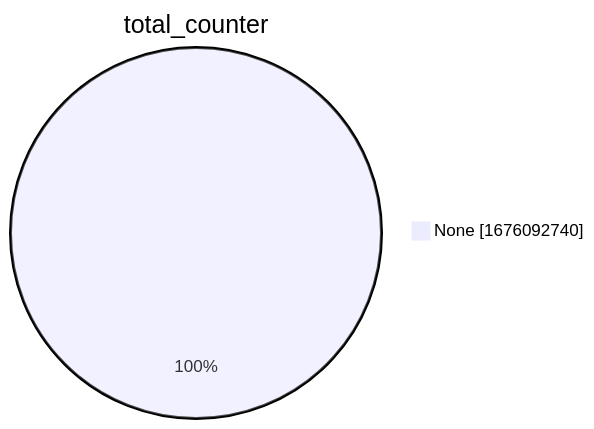
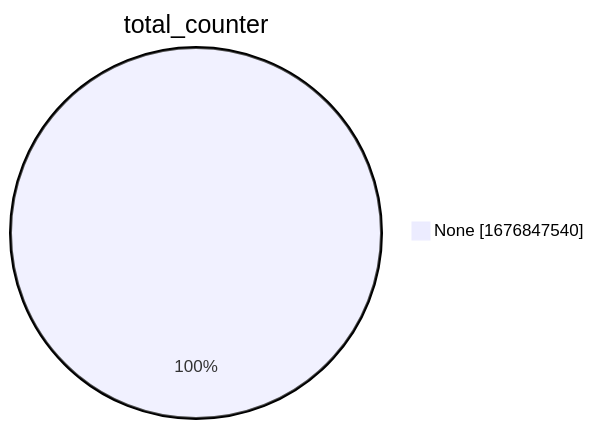
One commit to christiankrug/ctmonitor_visualization changed the second of 15 diagrams in xenon2022/README.md. Above: the diagram before and after it, drawn with Mermaid. The commit also changed other lines of this file, not shown here.

````diff
--- a/xenon2022/README.md
+++ b/xenon2022/README.md
@@ -9,5 +9,5 @@
 ```mermaid
 pie showData
 title total_counter
-"None" :1676092740
+"None" :1676847540
 ```
````
